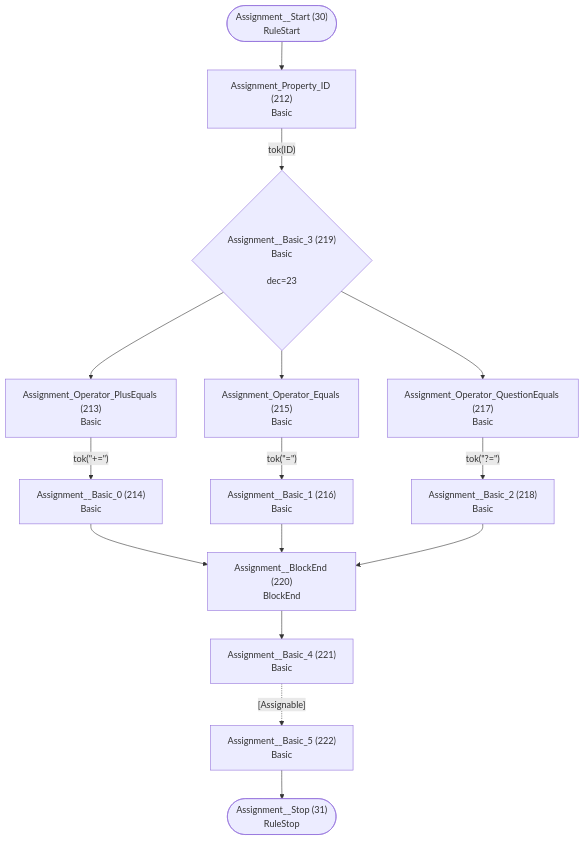
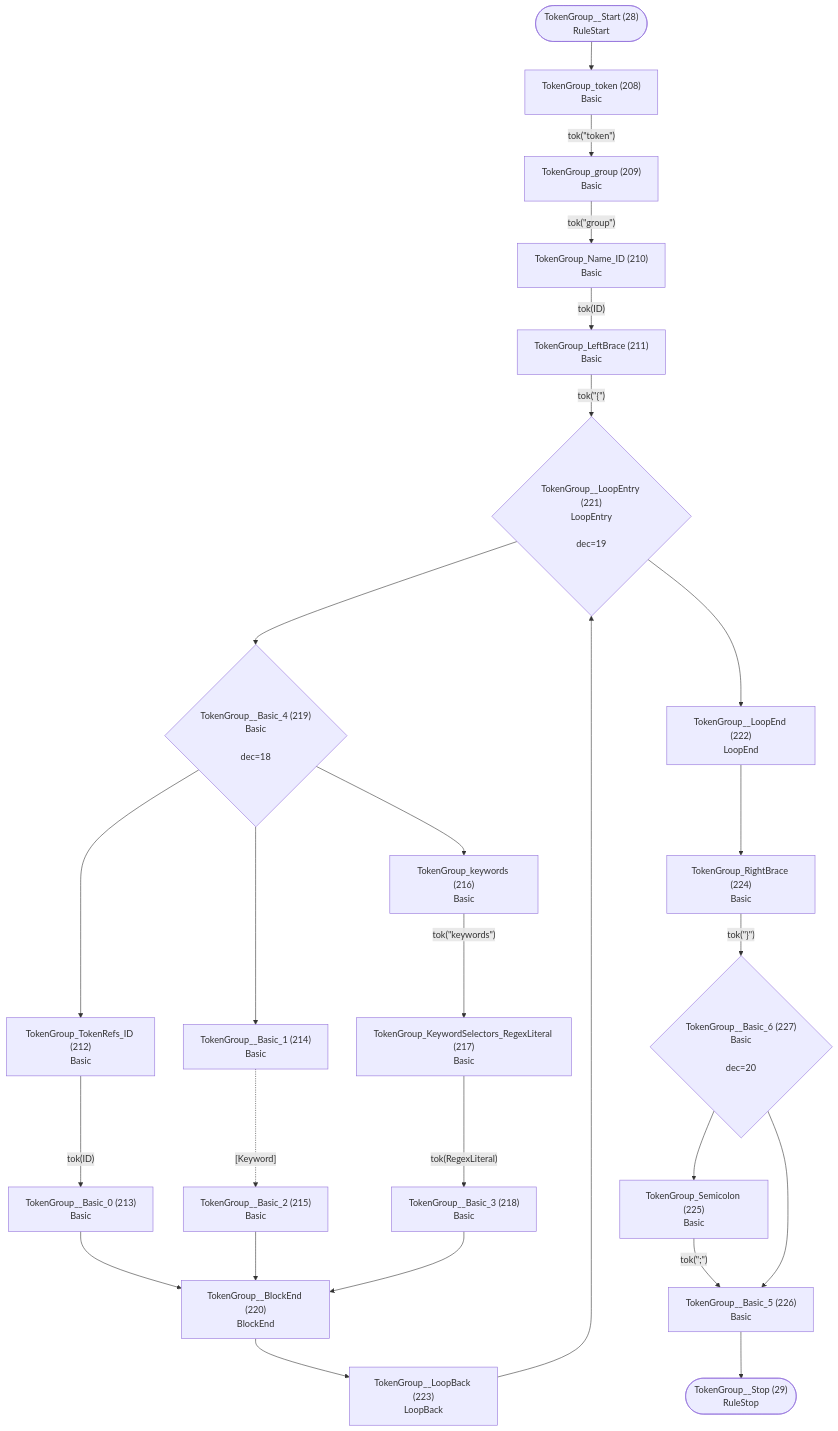
Diagram 15 of 40 in internal/grammar/atn.md (TypeFox/fastbelt), drawn with Mermaid before and after one commit. The commit also changed other lines of this file and 84 other files, not shown here.

````diff
--- a/internal/grammar/atn.md
+++ b/internal/grammar/atn.md
@@ -498,31 +428,51 @@
 ```mermaid
 flowchart TD
-    q30(["Assignment__Start (30)<br/>RuleStart"])
-    q31(["Assignment__Stop (31)<br/>RuleStop"])
-    q212["Assignment_Property_ID (212)<br/>Basic<br/>"]
-    q213["Assignment_Operator_PlusEquals (213)<br/>Basic<br/>"]
-    q214["Assignment__Basic_0 (214)<br/>Basic<br/>"]
-    q215["Assignment_Operator_Equals (215)<br/>Basic<br/>"]
-    q216["Assignment__Basic_1 (216)<br/>Basic<br/>"]
-    q217["Assignment_Operator_QuestionEquals (217)<br/>Basic<br/>"]
-    q218["Assignment__Basic_2 (218)<br/>Basic<br/>"]
-    q219{"Assignment__Basic_3 (219)<br/>Basic<br/><br/>dec=23"}
-    q220["Assignment__BlockEnd (220)<br/>BlockEnd<br/>"]
-    q221["Assignment__Basic_4 (221)<br/>Basic<br/>"]
-    q222["Assignment__Basic_5 (222)<br/>Basic<br/>"]
+    q28(["TokenGroup__Start (28)<br/>RuleStart"])
+    q29(["TokenGroup__Stop (29)<br/>RuleStop"])
+    q208["TokenGroup_token (208)<br/>Basic<br/>"]
+    q209["TokenGroup_group (209)<br/>Basic<br/>"]
+    q210["TokenGroup_Name_ID (210)<br/>Basic<br/>"]
+    q211["TokenGroup_LeftBrace (211)<br/>Basic<br/>"]
+    q212["TokenGroup_TokenRefs_ID (212)<br/>Basic<br/>"]
+    q213["TokenGroup__Basic_0 (213)<br/>Basic<br/>"]
+    q214["TokenGroup__Basic_1 (214)<br/>Basic<br/>"]
+    q215["TokenGroup__Basic_2 (215)<br/>Basic<br/>"]
+    q216["TokenGroup_keywords (216)<br/>Basic<br/>"]
+    q217["TokenGroup_KeywordSelectors_RegexLiteral (217)<br/>Basic<br/>"]
+    q218["TokenGroup__Basic_3 (218)<br/>Basic<br/>"]
+    q219{"TokenGroup__Basic_4 (219)<br/>Basic<br/><br/>dec=18"}
+    q220["TokenGroup__BlockEnd (220)<br/>BlockEnd<br/>"]
+    q221{"TokenGroup__LoopEntry (221)<br/>LoopEntry<br/><br/>dec=19"}
+    q222["TokenGroup__LoopEnd (222)<br/>LoopEnd<br/>"]
+    q223["TokenGroup__LoopBack (223)<br/>LoopBack<br/>"]
+    q224["TokenGroup_RightBrace (224)<br/>Basic<br/>"]
+    q225["TokenGroup_Semicolon (225)<br/>Basic<br/>"]
+    q226["TokenGroup__Basic_5 (226)<br/>Basic<br/>"]
+    q227{"TokenGroup__Basic_6 (227)<br/>Basic<br/><br/>dec=20"}
 
-    q30 --> q212
-    q212 -->|"tok(ID)"| q219
-    q213 -->|"tok(&quot;+=&quot;)"| q214
-    q214 --> q220
-    q215 -->|"tok(&quot;=&quot;)"| q216
-    q216 --> q220
-    q217 -->|"tok(&quot;?=&quot;)"| q218
+    q28 --> q208
+    q208 -->|"tok(&quot;token&quot;)"| q209
+    q209 -->|"tok(&quot;group&quot;)"| q210
+    q210 -->|"tok(ID)"| q211
+    q211 -->|"tok(&quot;{&quot;)"| q221
+    q212 -->|"tok(ID)"| q213
+    q213 --> q220
+    q214 -.->|"[Keyword]"| q215
+    q215 --> q220
+    q216 -->|"tok(&quot;keywords&quot;)"| q217
+    q217 -->|"tok(RegexLiteral)"| q218
     q218 --> q220
-    q219 --> q213
-    q219 --> q215
-    q219 --> q217
-    q220 --> q221
-    q221 -.->|"[Assignable]"| q222
-    q222 --> q31
+    q219 --> q212
+    q219 --> q214
+    q219 --> q216
+    q220 --> q223
+    q221 --> q219
+    q221 --> q222
+    q222 --> q224
+    q223 --> q221
+    q224 -->|"tok(&quot;}&quot;)"| q227
+    q225 -->|"tok(&quot;;&quot;)"| q226
+    q226 --> q29
+    q227 --> q225
+    q227 --> q226
 ```
````
